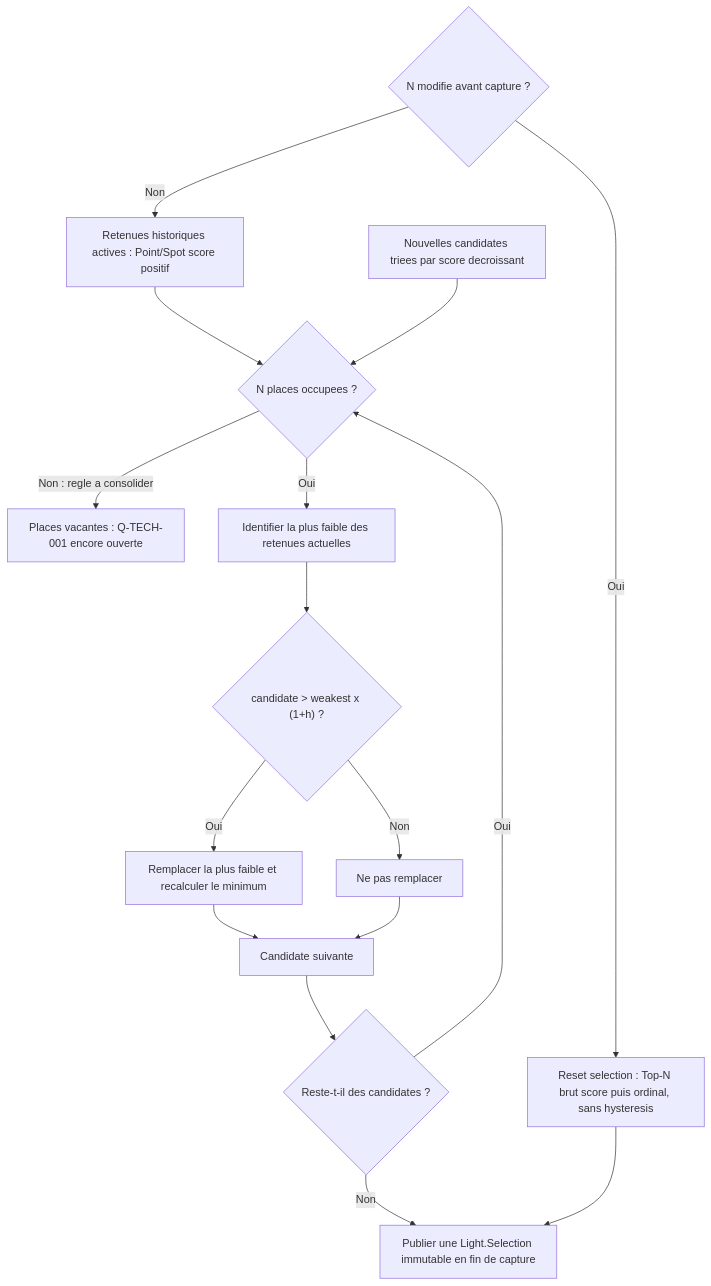
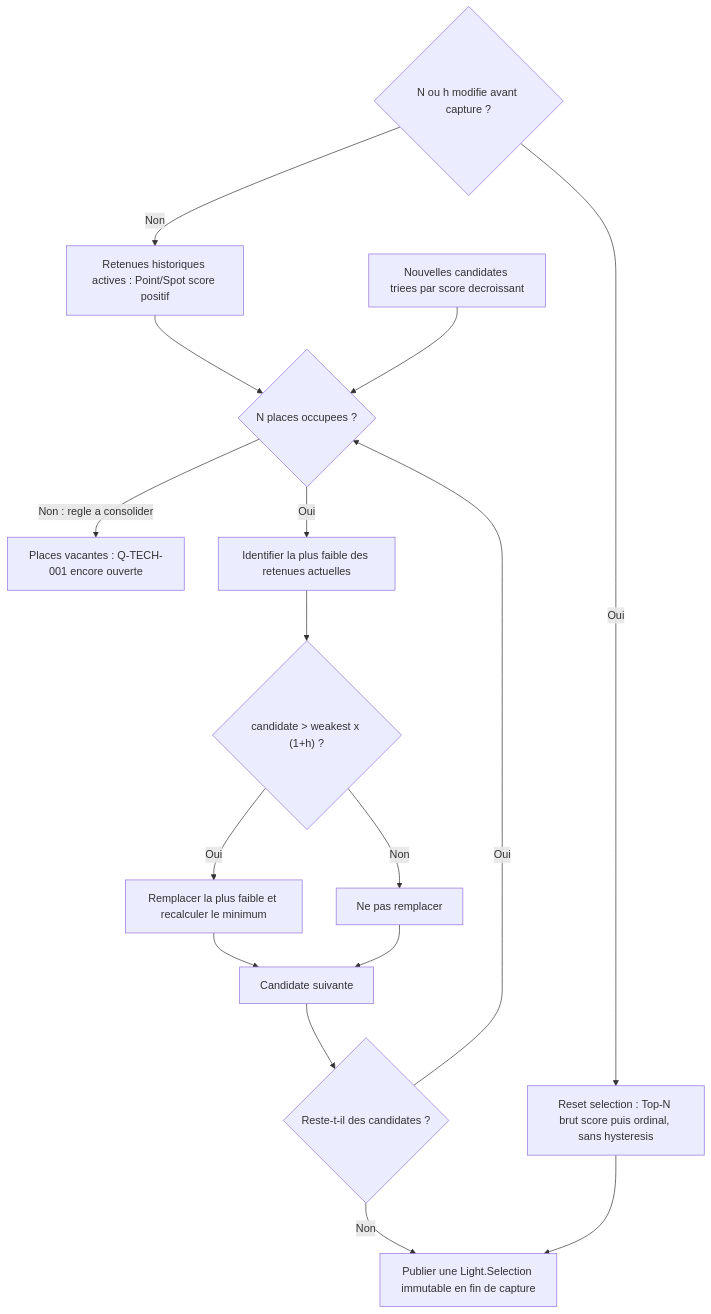
One commit to EreliaStudio/Sparkle changed the ninth of 13 diagrams in docs/voxel-engine-v0.1.4/08-lumieres-et-ombres.md. Above: the diagram before and after it, drawn with Mermaid. The commit also changed other lines of this file, not shown here.

Commit message:
docs(v0.1.4): h changes reset Top-N using raw score ranking

````diff
--- a/docs/voxel-engine-v0.1.4/08-lumieres-et-ombres.md
+++ b/docs/voxel-engine-v0.1.4/08-lumieres-et-ombres.md
@@ -326,18 +322,18 @@
 ```mermaid
 flowchart TD
   Prev["Retenues historiques actives : Point/Spot score positif"] --> Full{"N places occupees ?"}
-  Changed{"N modifie avant capture ?"} -->|"Oui"| Reset["Reset selection : Top-N brut score puis ordinal, sans hysteresis"]
+  Changed{"N ou h modifie avant capture ?"} -->|"Oui"| Reset["Reset selection : Top-N brut score puis ordinal, sans hysteresis"]
   Changed -->|"Non"| Prev
   Candidates["Nouvelles candidates triees par score decroissant"] --> Full
   Full -->|"Non : regle a consolider"| Open["Places vacantes : Q-TECH-001 encore ouverte"]
   Full -->|"Oui"| Weak["Identifier la plus faible des retenues actuelles"]
   Weak --> Gate{"candidate > weakest x (1+h) ?"}
   Gate -->|"Oui"| Swap["Remplacer la plus faible et recalculer le minimum"]
   Gate -->|"Non"| Skip["Ne pas remplacer"]
   Swap --> Next["Candidate suivante"]
   Skip --> Next
   Next --> More{"Reste-t-il des candidates ?"}
   More -->|"Oui"| Full
   More -->|"Non"| Output["Publier une Light.Selection immutable en fin de capture"]
   Reset --> Output
 ```
````
